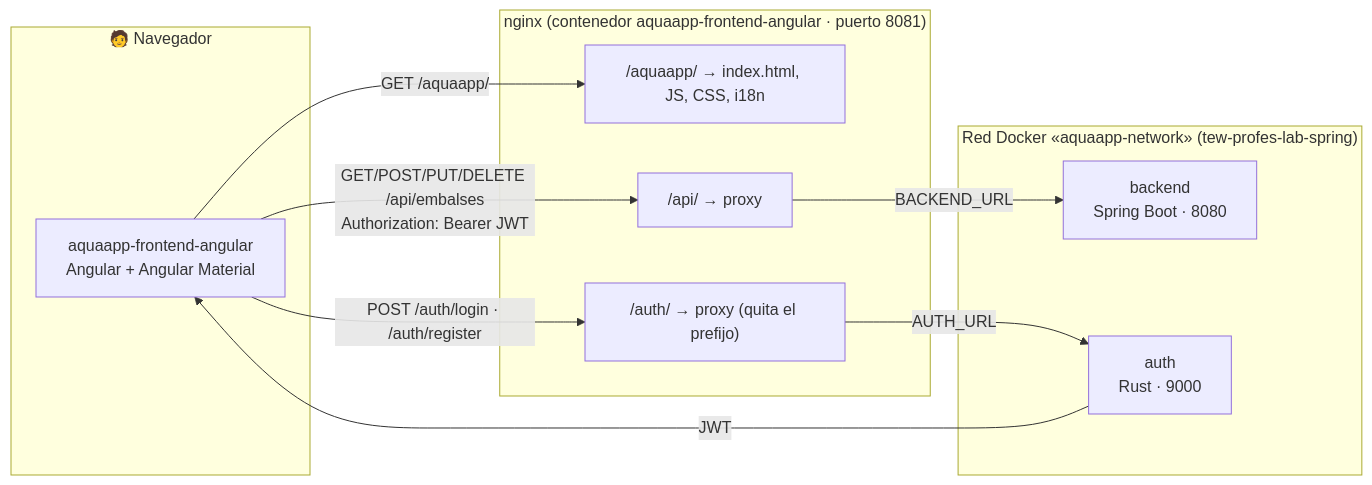
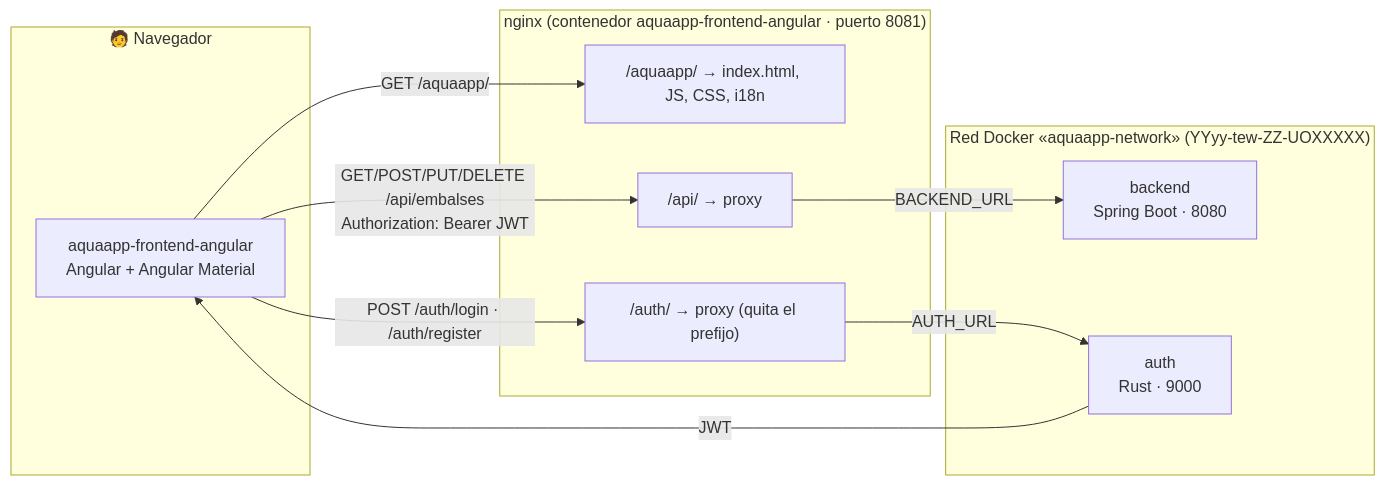
Before and after one commit to tew-uniovi/frameworks-examples: the second of 2 diagrams in aquaapp-frontend-angular/README.md, drawn with Mermaid. The commit also changed other lines of this file and 5 other files, not shown here.

````diff
--- a/aquaapp-frontend-angular/README.md
+++ b/aquaapp-frontend-angular/README.md
@@ -232,24 +232,24 @@
 ```mermaid
 flowchart LR
     subgraph NAV["🧑 Navegador"]
         APP["aquaapp-frontend-angular<br/>Angular + Angular Material"]
     end
 
     subgraph NGINX["nginx (contenedor aquaapp-frontend-angular · puerto 8081)"]
         STATIC["/aquaapp/ → index.html, JS, CSS, i18n"]
         PROXYAPI["/api/ → proxy"]
         PROXYAUTH["/auth/ → proxy (quita el prefijo)"]
     end
 
-    subgraph NET["Red Docker «aquaapp-network» (tew-profes-lab-spring)"]
+    subgraph NET["Red Docker «aquaapp-network» (YYyy-tew-ZZ-UOXXXXX)"]
         BACKEND["backend<br/>Spring Boot · 8080"]
         AUTH["auth<br/>Rust · 9000"]
     end
 
     APP -- "GET /aquaapp/" --> STATIC
     APP -- "GET/POST/PUT/DELETE /api/embalses<br/>Authorization: Bearer JWT" --> PROXYAPI
     APP -- "POST /auth/login · /auth/register" --> PROXYAUTH
     PROXYAPI -- "BACKEND_URL" --> BACKEND
     PROXYAUTH -- "AUTH_URL" --> AUTH
     AUTH -- "JWT" --> APP
 ```
````
